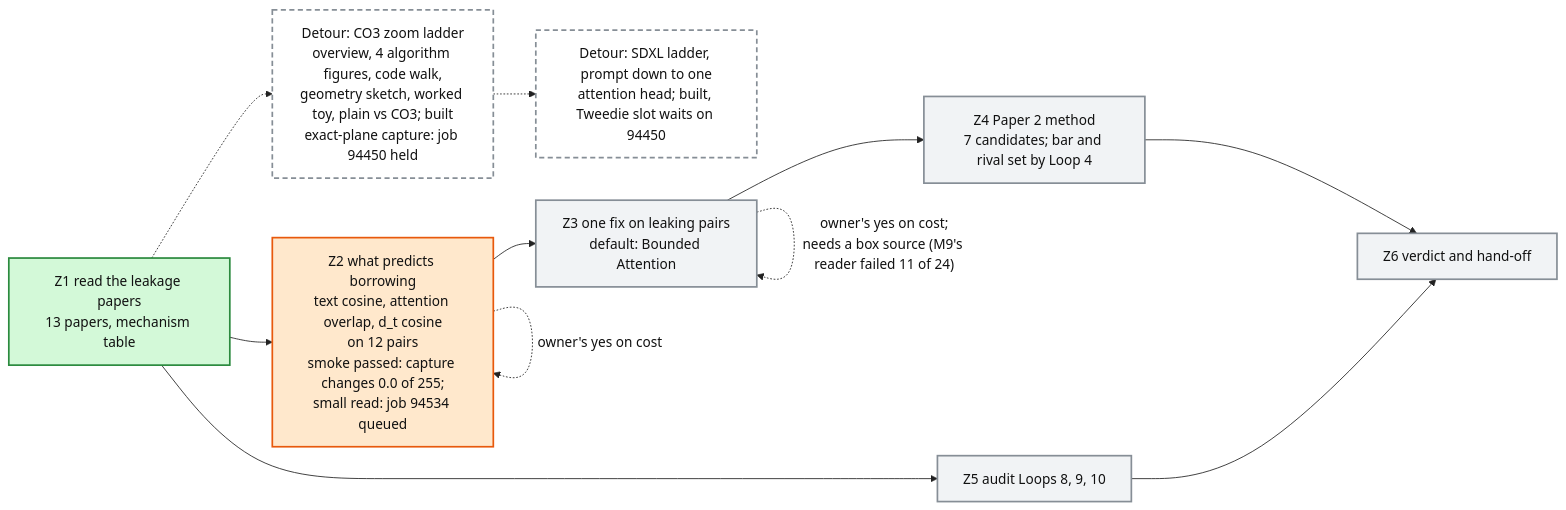
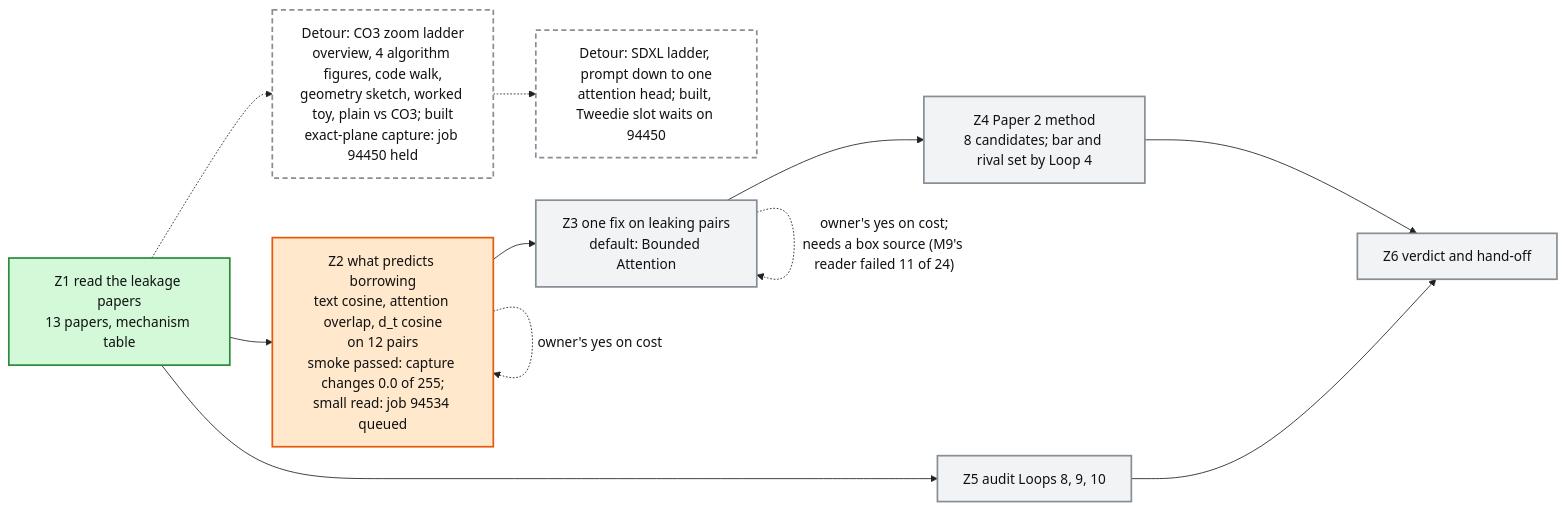
One commit to mo-rsa24/concept-composition changed the diagram in artifacts/notes/progress/leakage/loop-12-progress.mmd. Above: the diagram before and after it, drawn with Mermaid. The commit also changed 1 other file, not shown here.

Commit message:
Loop 12 map: 8 Z4 candidates

```diff
--- a/artifacts/notes/progress/leakage/loop-12-progress.mmd
+++ b/artifacts/notes/progress/leakage/loop-12-progress.mmd
@@ -1,20 +1,20 @@
 %%{init: {'theme': 'base', 'themeVariables': {'fontFamily': 'monospace', 'primaryColor': '#ffffff', 'primaryBorderColor': '#222222', 'primaryTextColor': '#111111', 'lineColor': '#222222'}}}%%
 flowchart LR
   Z1["Z1 read the leakage papers<br/>13 papers, mechanism table"]:::done
   Z2["Z2 what predicts borrowing<br/>text cosine, attention overlap, d_t cosine<br/>on 12 pairs<br/>smoke passed: capture changes 0.0 of 255;<br/>small read: job 94534 queued"]:::doing
   Z3["Z3 one fix on leaking pairs<br/>default: Bounded Attention"]:::todo
-  Z4["Z4 Paper 2 method<br/>7 candidates; bar and rival set by Loop 4"]:::todo
+  Z4["Z4 Paper 2 method<br/>8 candidates; bar and rival set by Loop 4"]:::todo
   Z5["Z5 audit Loops 8, 9, 10"]:::todo
   Z6["Z6 verdict and hand-off"]:::todo
   LAD["Detour: CO3 zoom ladder<br/>overview, 4 algorithm figures, code walk,<br/>geometry sketch, worked toy, plain vs CO3; built<br/>exact-plane capture: job 94450 held"]:::detour
   Z1 -.-> LAD
   SDX["Detour: SDXL ladder, prompt down to one<br/>attention head; built, Tweedie slot waits on 94450"]:::detour
   LAD -.-> SDX
   Z1 --> Z2 --> Z3 --> Z4 --> Z6
   Z1 --> Z5 --> Z6
   Z2 -. "owner's yes on cost" .-> Z2
   Z3 -. "owner's yes on cost;<br/>needs a box source (M9's reader failed 11 of 24)" .-> Z3
   classDef done fill:#d3f9d8,stroke:#2b8a3e,stroke-width:2px
   classDef doing fill:#ffe8cc,stroke:#e8590c,stroke-width:2px
   classDef detour fill:#ffffff,stroke:#868e96,stroke-width:2px,stroke-dasharray: 6 4
   classDef todo fill:#f1f3f5,stroke:#868e96,stroke-width:2px
```
